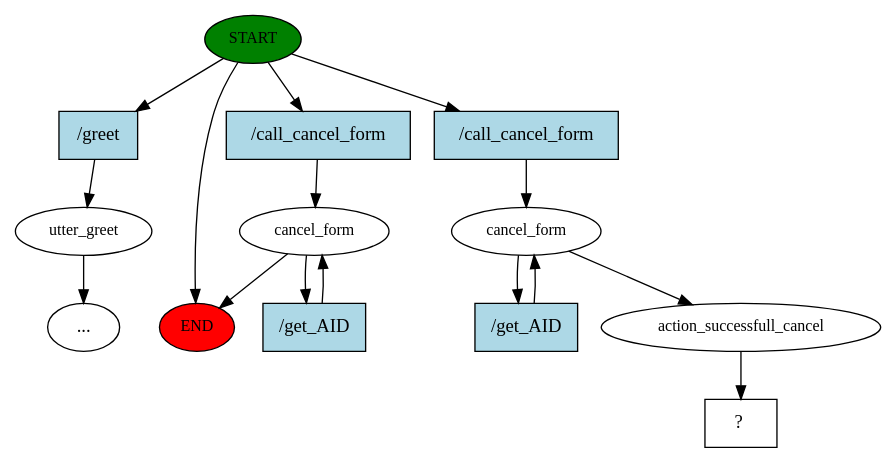
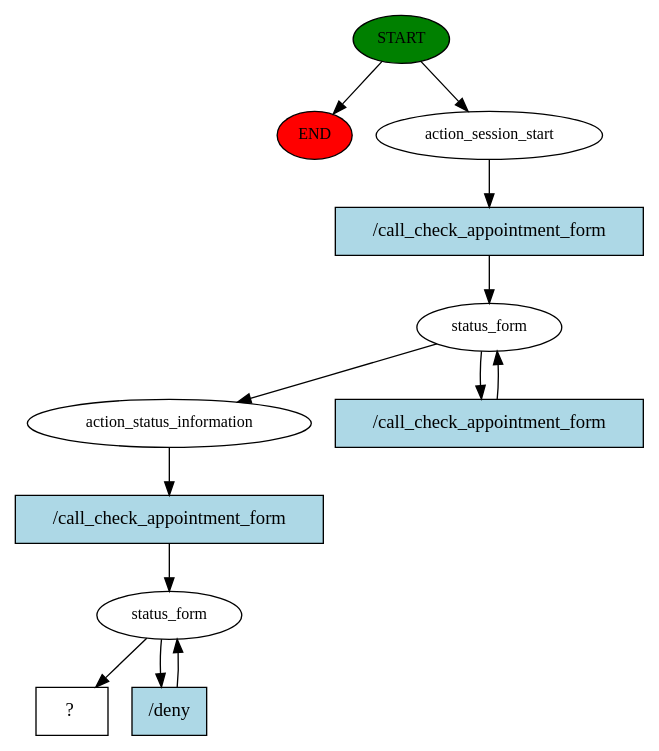
One commit to VrajPatelK/Patient-Appointment changed the diagram in chatbot/story_graph.dot. Above: the diagram before and after it, drawn with Graphviz. The commit also changed 34 other files, not shown here.

Commit message:
Status check done with spacy

```diff
--- a/chatbot/story_graph.dot
+++ b/chatbot/story_graph.dot
@@ -1,30 +1,25 @@
 digraph  {
 0 [class="start active", fillcolor=green, fontsize=12, label=START, style=filled];
 "-1" [class=end, fillcolor=red, fontsize=12, label=END, style=filled];
-1 [class="", fontsize=12, label=utter_greet];
-"-7" [class=ellipsis, label="..."];
-6 [class="", fontsize=12, label=cancel_form];
-8 [class=active, fontsize=12, label=cancel_form];
-10 [class=active, fontsize=12, label=action_successfull_cancel];
-11 [class="intent dashed active", label="  ?  ", shape=rect];
-12 [class=intent, fillcolor=lightblue, label="/greet", shape=rect, style=filled];
-13 [class=intent, fillcolor=lightblue, label="/call_cancel_form", shape=rect, style=filled];
-14 [class="intent active", fillcolor=lightblue, label="/call_cancel_form", shape=rect, style=filled];
-15 [class=intent, fillcolor=lightblue, label="/get_AID", shape=rect, style=filled];
-16 [class="intent active", fillcolor=lightblue, label="/get_AID", shape=rect, style=filled];
+1 [class=active, fontsize=12, label=action_session_start];
+2 [class=active, fontsize=12, label=status_form];
+4 [class=active, fontsize=12, label=action_status_information];
+5 [class=active, fontsize=12, label=status_form];
+7 [class="intent dashed active", label="  ?  ", shape=rect];
+8 [class="intent active", fillcolor=lightblue, label="/call_check_appointment_form", shape=rect, style=filled];
+9 [class="intent active", fillcolor=lightblue, label="/call_check_appointment_form", shape=rect, style=filled];
+10 [class="intent active", fillcolor=lightblue, label="/call_check_appointment_form", shape=rect, style=filled];
+11 [class="intent active", fillcolor=lightblue, label="/deny", shape=rect, style=filled];
 0 -> "-1"  [class="", key=NONE, label=""];
-0 -> 12  [class="", key=0];
-0 -> 13  [class="", key=0];
-0 -> 14  [class=active, key=0];
-1 -> "-7"  [class="", key=NONE, label=""];
-6 -> "-1"  [class="", key=NONE, label=""];
-6 -> 15  [class="", key=0];
-8 -> 10  [class=active, key=NONE, label=""];
-8 -> 16  [class=active, key=0];
-10 -> 11  [class=active, key=NONE, label=""];
-12 -> 1  [class="", key=0];
-13 -> 6  [class="", key=0];
-14 -> 8  [class=active, key=0];
-15 -> 6  [class="", key=0];
-16 -> 8  [class=active, key=0];
+0 -> 1  [class=active, key=NONE, label=""];
+1 -> 8  [class=active, key=0];
+2 -> 4  [class=active, key=NONE, label=""];
+2 -> 9  [class=active, key=0];
+4 -> 10  [class=active, key=0];
+5 -> 7  [class=active, key=NONE, label=""];
+5 -> 11  [class=active, key=0];
+8 -> 2  [class=active, key=0];
+9 -> 2  [class=active, key=0];
+10 -> 5  [class=active, key=0];
+11 -> 5  [class=active, key=0];
 }
```
